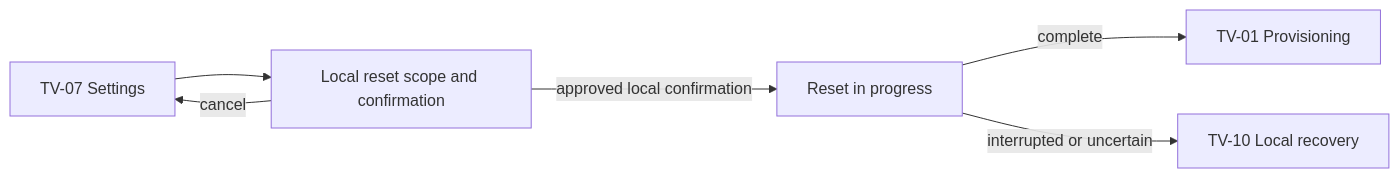
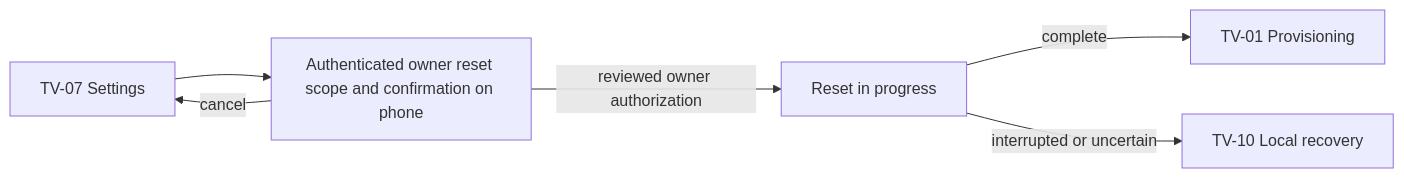
One commit to zckyachmd/pi-tv changed the eighth of 9 diagrams in docs/design/UX_FLOWS.md. Above: the diagram before and after it, drawn with Mermaid. The commit also changed other lines of this file and 318 other files, not shown here.

````diff
--- a/docs/design/UX_FLOWS.md
+++ b/docs/design/UX_FLOWS.md
@@ -95,8 +95,8 @@
 ```mermaid
 flowchart LR
- A[TV-07 Settings] --> B[Local reset scope and confirmation]
+ A[TV-07 Settings] --> B[Authenticated owner reset scope and confirmation on phone]
  B -->|cancel| A
- B -->|approved local confirmation| C[Reset in progress]
+ B -->|reviewed owner authorization| C[Reset in progress]
  C -->|complete| D[TV-01 Provisioning]
  C -->|interrupted or uncertain| E[TV-10 Local recovery]
 ```
````
